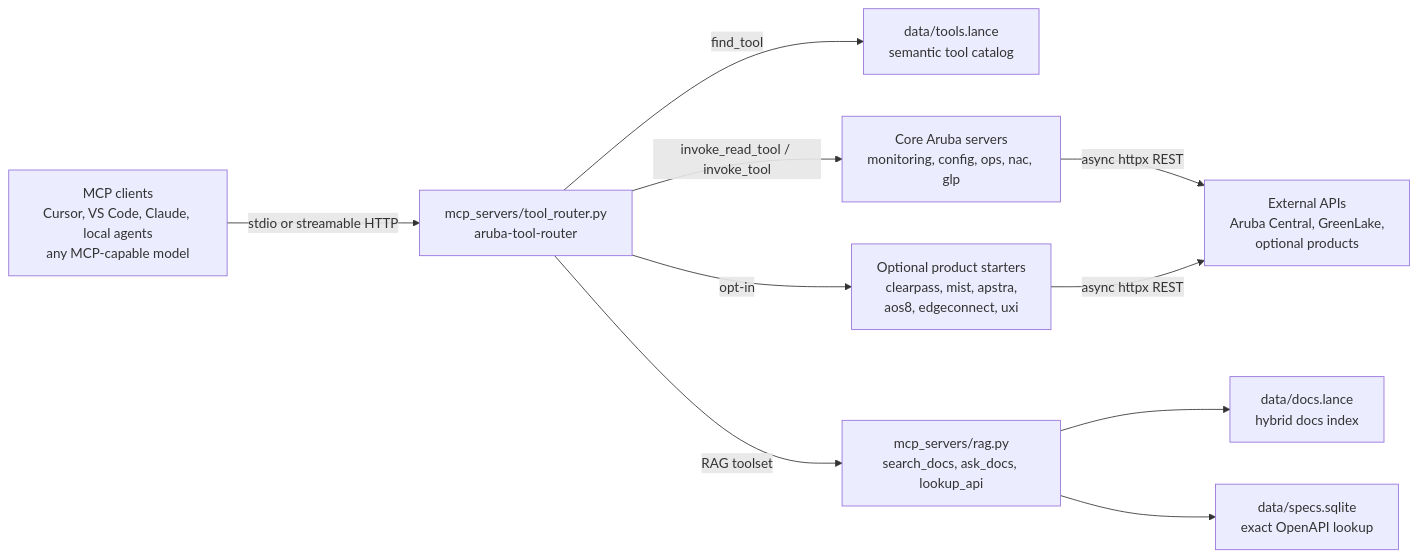
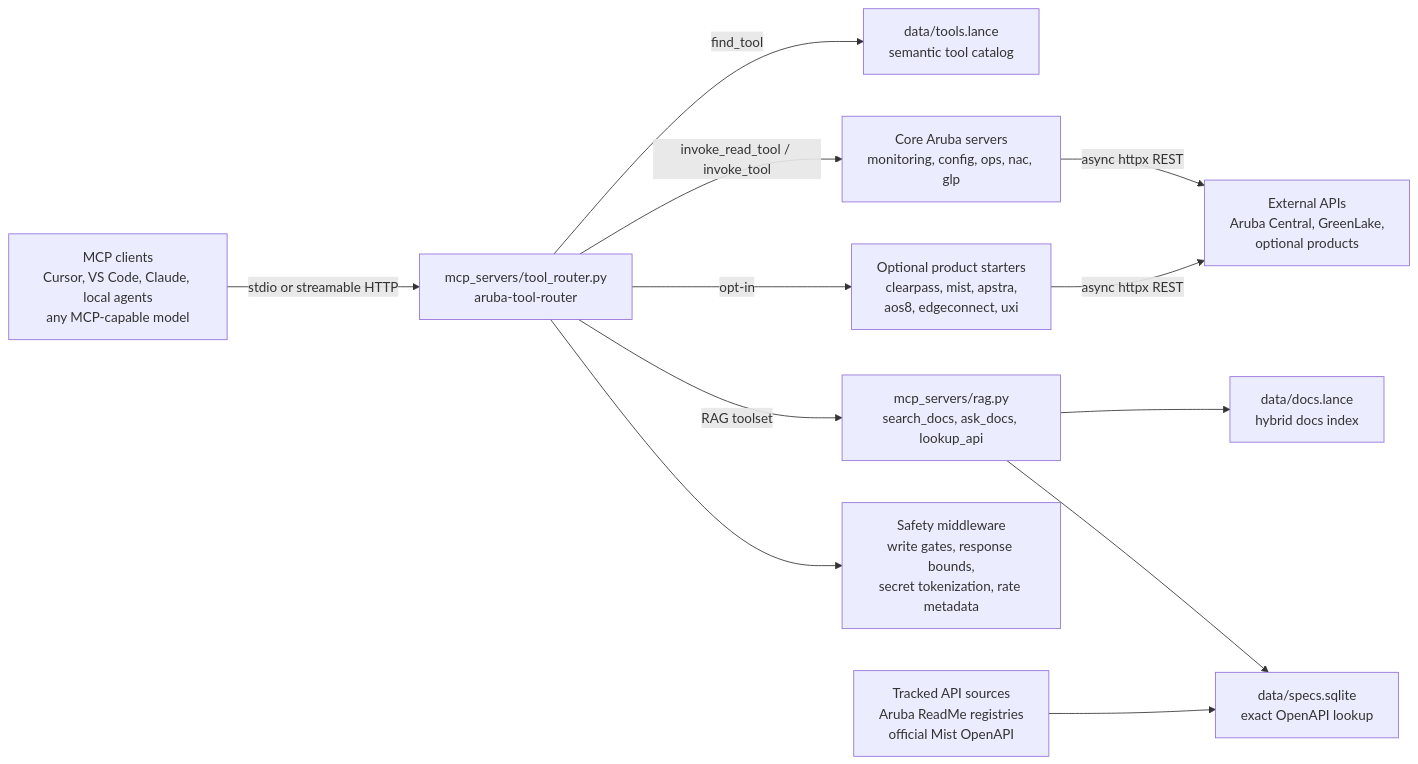
Before and after one commit to secure-ssid/centralmcp: the first of 3 diagrams in docs/architecture/system-overview.md, drawn with Mermaid. The commit also changed other lines of this file and 31 other files, not shown here.

````diff
--- a/docs/architecture/system-overview.md
+++ b/docs/architecture/system-overview.md
@@ -7,22 +7,26 @@
 ```mermaid
 flowchart LR
     client["MCP clients<br/>Cursor, VS Code, Claude, local agents<br/>any MCP-capable model"]
     router["mcp_servers/tool_router.py<br/>aruba-tool-router"]
     catalog["data/tools.lance<br/>semantic tool catalog"]
     rag["mcp_servers/rag.py<br/>search_docs, ask_docs, lookup_api"]
     docs["data/docs.lance<br/>hybrid docs index"]
     specs["data/specs.sqlite<br/>exact OpenAPI lookup"]
     core["Core Aruba servers<br/>monitoring, config, ops, nac, glp"]
     optional["Optional product starters<br/>clearpass, mist, apstra,<br/>aos8, edgeconnect, uxi"]
+    middleware["Safety middleware<br/>write gates, response bounds,<br/>secret tokenization, rate metadata"]
+    sources["Tracked API sources<br/>Aruba ReadMe registries<br/>official Mist OpenAPI"]
     apis["External APIs<br/>Aruba Central, GreenLake,<br/>optional products"]
 
     client -->|"stdio or streamable HTTP"| router
     router -->|"find_tool"| catalog
     router -->|"invoke_read_tool / invoke_tool"| core
     router -->|"opt-in"| optional
+    router --> middleware
     router -->|"RAG toolset"| rag
     rag --> docs
     rag --> specs
+    sources --> specs
     core -->|"async httpx REST"| apis
     optional -->|"async httpx REST"| apis
 ```
````
